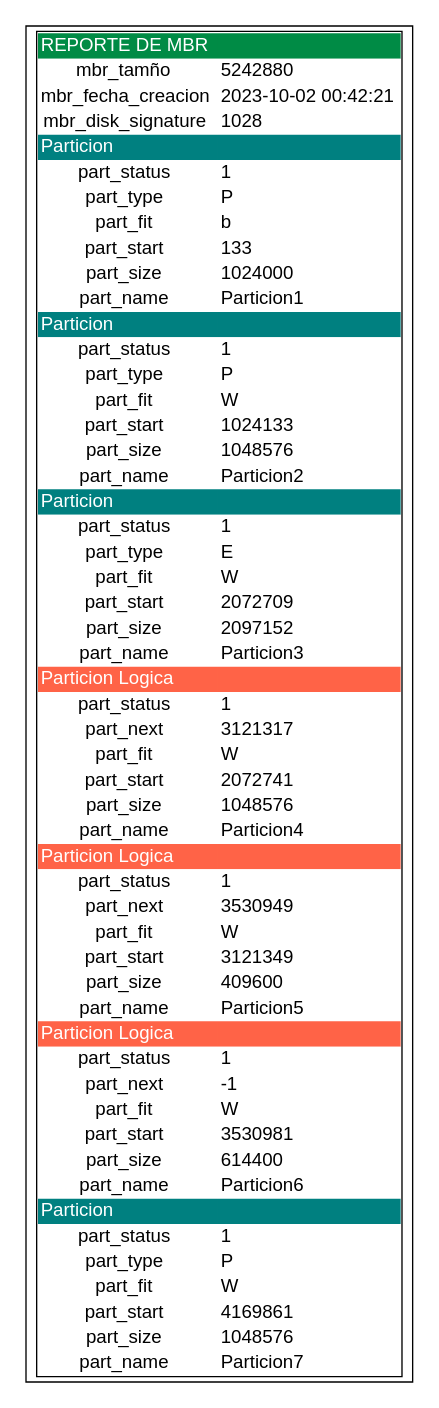
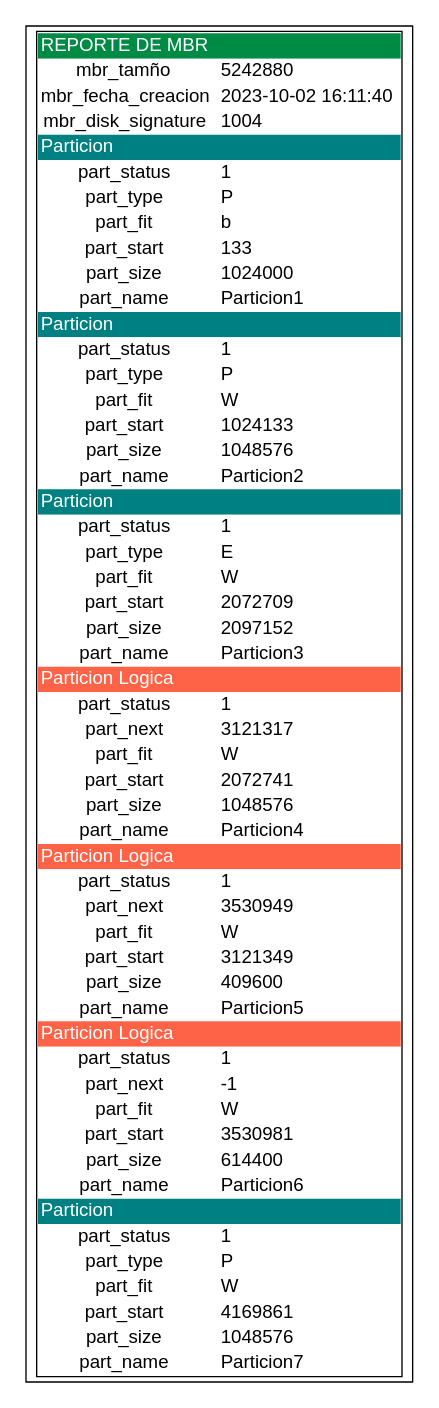
Before and after one commit to luis-tavico/MIA_2SP2_202000562: the diagram in backend/reportes/reporte_mbr.dot, drawn with Graphviz. The commit also changed 38 other files, not shown here.

```diff
--- a/backend/reportes/reporte_mbr.dot
+++ b/backend/reportes/reporte_mbr.dot
@@ -12,11 +12,11 @@
         </tr>
         <tr>
             <td bgcolor="white" align="center"> mbr_fecha_creacion </td>
-            <td bgcolor="white" align="left"> 2023-10-02 00:42:21 </td>
+            <td bgcolor="white" align="left"> 2023-10-02 16:11:40 </td>
         </tr>
         <tr>
             <td bgcolor="white" align="center"> mbr_disk_signature </td>
-            <td bgcolor="white" align="left"> 1028 </td>
+            <td bgcolor="white" align="left"> 1004 </td>
         </tr>
         <tr>
             <td bgcolor="teal" align="left"><font color="white"> Particion </font></td>
```
